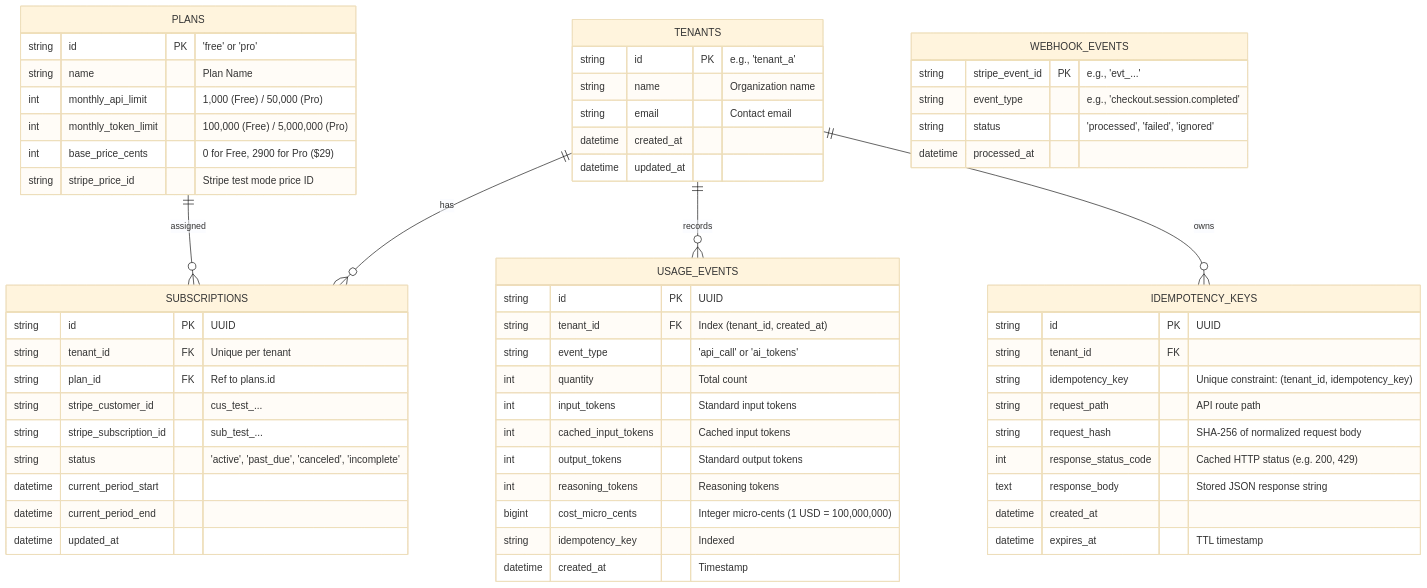
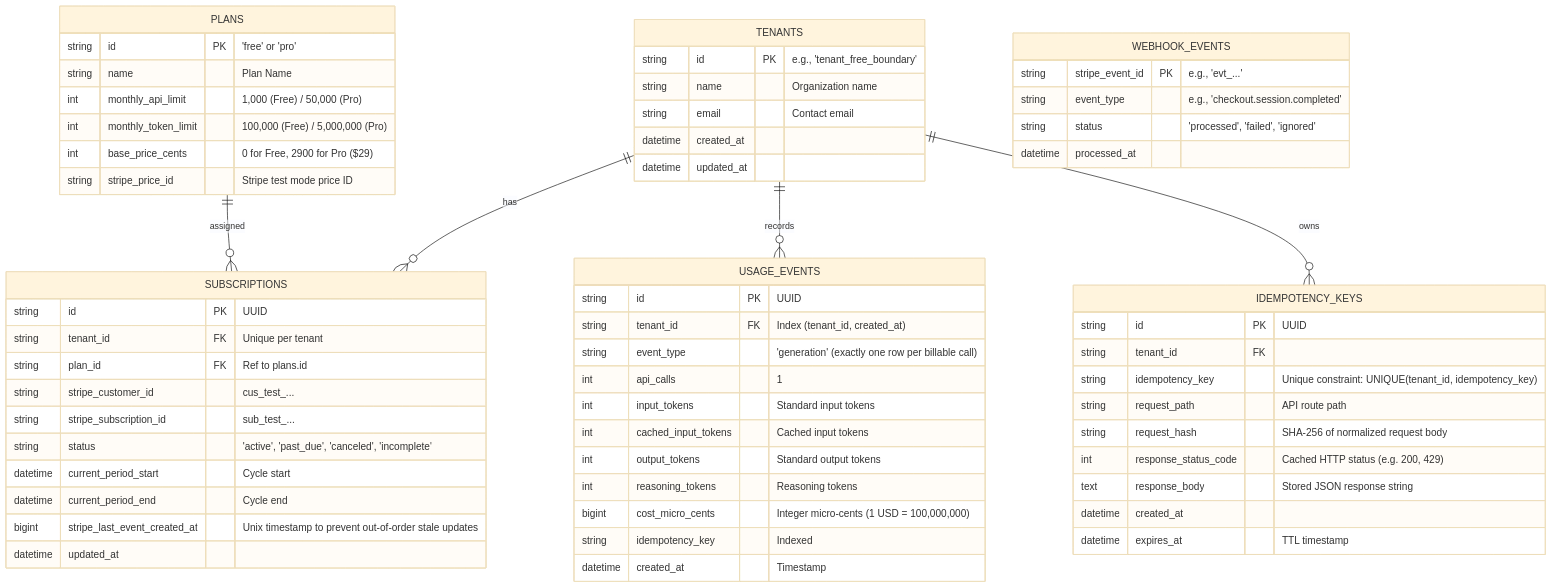
The diagram in docs/superpowers/specs/2026-10-20-usage-metering-billing-design.md (Muanai/llm-usage-metering-billing), drawn with Mermaid (base theme) before and after one commit. The commit also changed other lines of this file and 2 other files, not shown here.

````diff
--- a/docs/superpowers/specs/2026-10-20-usage-metering-billing-design.md
+++ b/docs/superpowers/specs/2026-10-20-usage-metering-billing-design.md
@@ -86,69 +86,70 @@
 ```mermaid
 erDiagram
     TENANTS ||--o{ SUBSCRIPTIONS : "has"
     TENANTS ||--o{ USAGE_EVENTS : "records"
     TENANTS ||--o{ IDEMPOTENCY_KEYS : "owns"
     PLANS ||--o{ SUBSCRIPTIONS : "assigned"
 
     TENANTS {
-        string id PK "e.g., 'tenant_a'"
+        string id PK "e.g., 'tenant_free_boundary'"
         string name "Organization name"
         string email "Contact email"
         datetime created_at
         datetime updated_at
     }
 
     PLANS {
         string id PK "'free' or 'pro'"
         string name "Plan Name"
         int monthly_api_limit "1,000 (Free) / 50,000 (Pro)"
         int monthly_token_limit "100,000 (Free) / 5,000,000 (Pro)"
         int base_price_cents "0 for Free, 2900 for Pro ($29)"
         string stripe_price_id "Stripe test mode price ID"
     }
 
     SUBSCRIPTIONS {
         string id PK "UUID"
         string tenant_id FK "Unique per tenant"
         string plan_id FK "Ref to plans.id"
         string stripe_customer_id "cus_test_..."
         string stripe_subscription_id "sub_test_..."
         string status "'active', 'past_due', 'canceled', 'incomplete'"
-        datetime current_period_start
-        datetime current_period_end
+        datetime current_period_start "Cycle start"
+        datetime current_period_end "Cycle end"
+        bigint stripe_last_event_created_at "Unix timestamp to prevent out-of-order stale updates"
         datetime updated_at
     }
 
     USAGE_EVENTS {
         string id PK "UUID"
         string tenant_id FK "Index (tenant_id, created_at)"
-        string event_type "'api_call' or 'ai_tokens'"
-        int quantity "Total count"
+        string event_type "'generation' (exactly one row per billable call)"
+        int api_calls "1"
         int input_tokens "Standard input tokens"
         int cached_input_tokens "Cached input tokens"
         int output_tokens "Standard output tokens"
         int reasoning_tokens "Reasoning tokens"
         bigint cost_micro_cents "Integer micro-cents (1 USD = 100,000,000)"
         string idempotency_key "Indexed"
         datetime created_at "Timestamp"
     }
 
     IDEMPOTENCY_KEYS {
         string id PK "UUID"
         string tenant_id FK
-        string idempotency_key "Unique constraint: (tenant_id, idempotency_key)"
+        string idempotency_key "Unique constraint: UNIQUE(tenant_id, idempotency_key)"
         string request_path "API route path"
         string request_hash "SHA-256 of normalized request body"
         int response_status_code "Cached HTTP status (e.g. 200, 429)"
         text response_body "Stored JSON response string"
         datetime created_at
         datetime expires_at "TTL timestamp"
     }
 
     WEBHOOK_EVENTS {
         string stripe_event_id PK "e.g., 'evt_...'"
         string event_type "e.g., 'checkout.session.completed'"
         string status "'processed', 'failed', 'ignored'"
         datetime processed_at
     }
 ```
````
